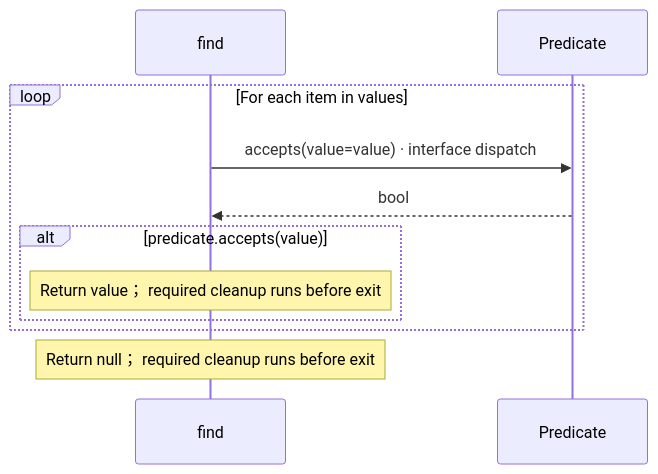
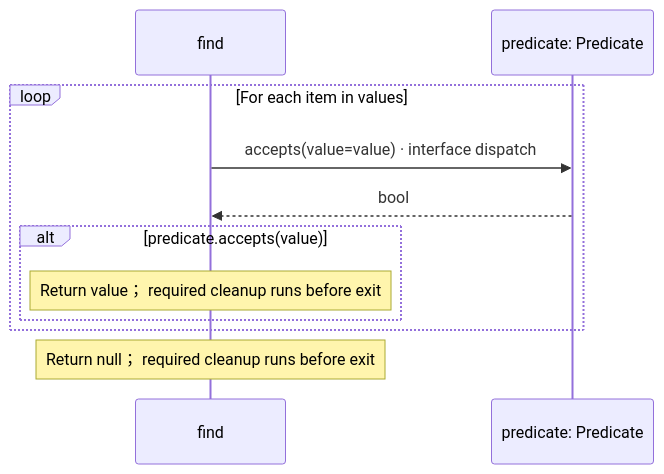
One commit to GreenPandaStudios/augscript changed the seventh of 12 diagrams in src/stdlib/collections/operations.aug.diagrams.md. Above: the diagram before and after it, drawn with Mermaid. The commit also changed other lines of this file and 102 other files, not shown here.

Commit message:
Keep named service receivers distinct in sequence data flow

````diff
--- a/src/stdlib/collections/operations.aug.diagrams.md
+++ b/src/stdlib/collections/operations.aug.diagrams.md
@@ -202,13 +202,13 @@
 ```mermaid
 sequenceDiagram
     participant p0 as find
-    participant p1 as Predicate
+    participant p1 as predicate: Predicate
     loop For each item in values
     p0->>p1: accepts(value=value) · interface dispatch
     p1-->>p0: bool
     alt predicate.accepts(value)
     Note over p0: Return value； required cleanup runs before exit
     end
     end
     Note over p0: Return null； required cleanup runs before exit
 ```
````
